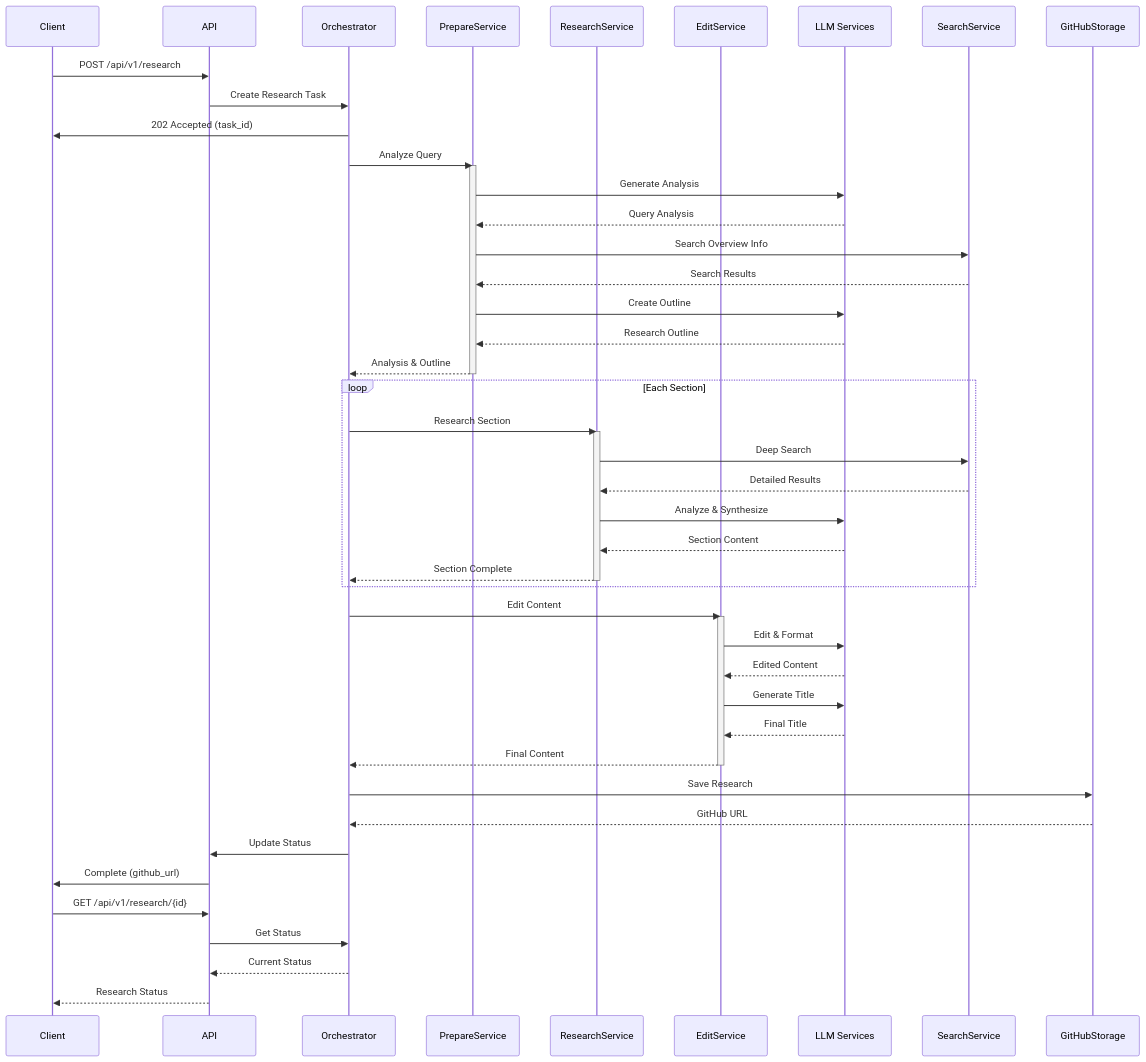
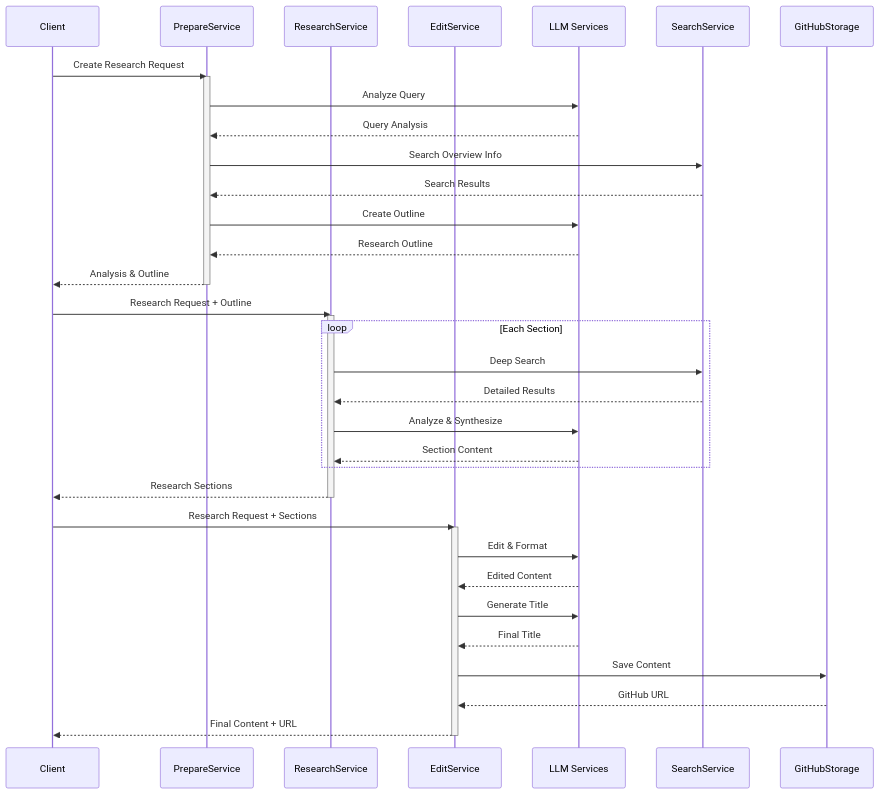
The diagram in README.md (phuc-nt/deep-research-agent-python), drawn with Mermaid before and after one commit. The commit also changed other lines of this file and 38 other files, not shown here.

````diff
--- a/README.md
+++ b/README.md
@@ -19,64 +15,47 @@
 ```mermaid
 sequenceDiagram
     participant C as Client
-    participant A as API
-    participant O as Orchestrator
     participant P as PrepareService
     participant R as ResearchService
     participant E as EditService
     participant LLM as LLM Services
     participant S as SearchService
     participant G as GitHubStorage
 
-    C->>A: POST /api/v1/research
-    A->>O: Create Research Task
-    O->>C: 202 Accepted (task_id)
+    C->>P: Create Research Request
     
     %% Prepare Phase
-    O->>P: Analyze Query
     activate P
-    P->>LLM: Generate Analysis
+    P->>LLM: Analyze Query
     LLM-->>P: Query Analysis
     P->>S: Search Overview Info
     S-->>P: Search Results
     P->>LLM: Create Outline
     LLM-->>P: Research Outline
-    P-->>O: Analysis & Outline
+    P-->>C: Analysis & Outline
     deactivate P
     
     %% Research Phase
+    C->>R: Research Request + Outline
+    activate R
     loop Each Section
-        O->>R: Research Section
-        activate R
         R->>S: Deep Search
         S-->>R: Detailed Results
         R->>LLM: Analyze & Synthesize
         LLM-->>R: Section Content
-        R-->>O: Section Complete
-        deactivate R
     end
+    R-->>C: Research Sections
+    deactivate R
     
     %% Edit Phase
-    O->>E: Edit Content
+    C->>E: Research Request + Sections
     activate E
     E->>LLM: Edit & Format
     LLM-->>E: Edited Content
     E->>LLM: Generate Title
     LLM-->>E: Final Title
-    E-->>O: Final Content
+    E->>G: Save Content
+    G-->>E: GitHub URL
+    E-->>C: Final Content + URL
     deactivate E
-    
-    %% Storage Phase
-    O->>G: Save Research
-    G-->>O: GitHub URL
-    
-    %% Complete
-    O->>A: Update Status
-    A->>C: Complete (github_url)
-
-    %% Status Check (parallel flow)
-    C->>A: GET /api/v1/research/{id}
-    A->>O: Get Status
-    O-->>A: Current Status
-    A-->>C: Research Status
 ```
````
